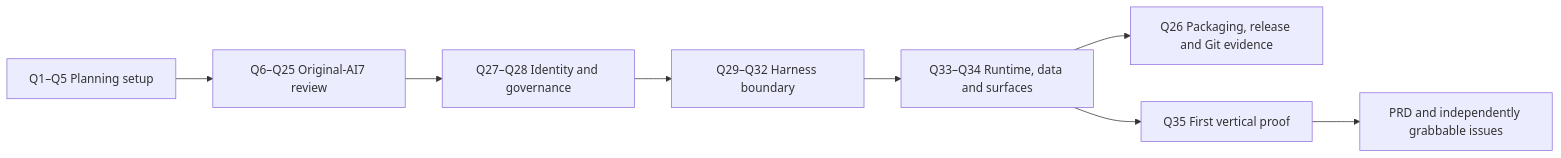
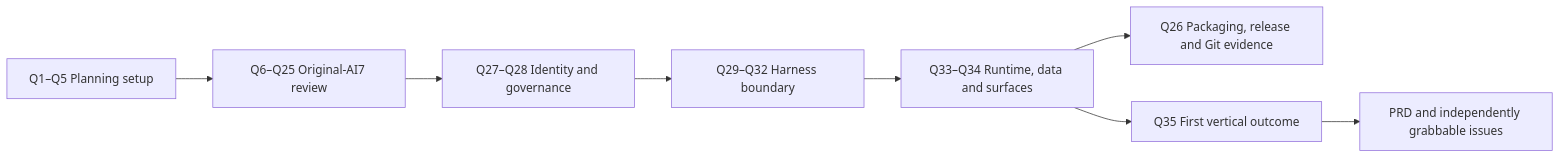
The diagram in kick-in/05-decision-map.md (zhouy1017/ai7-harness), drawn with Mermaid before and after one commit. The commit also changed other lines of this file and 106 other files, not shown here.

````diff
--- a/kick-in/05-decision-map.md
+++ b/kick-in/05-decision-map.md
@@ -77,10 +77,10 @@
 ```mermaid
 flowchart LR
     Setup["Q1–Q5 Planning setup"] --> Inheritance["Q6–Q25 Original-AI7 review"]
     Inheritance --> Governance["Q27–Q28 Identity and governance"]
     Governance --> Harness["Q29–Q32 Harness boundary"]
     Harness --> Product["Q33–Q34 Runtime, data and surfaces"]
     Product --> Packaging["Q26 Packaging, release and Git evidence"]
-    Product --> Slice["Q35 First vertical proof"]
+    Product --> Slice["Q35 First vertical outcome"]
     Slice --> PRD["PRD and independently grabbable issues"]
 ```
````
